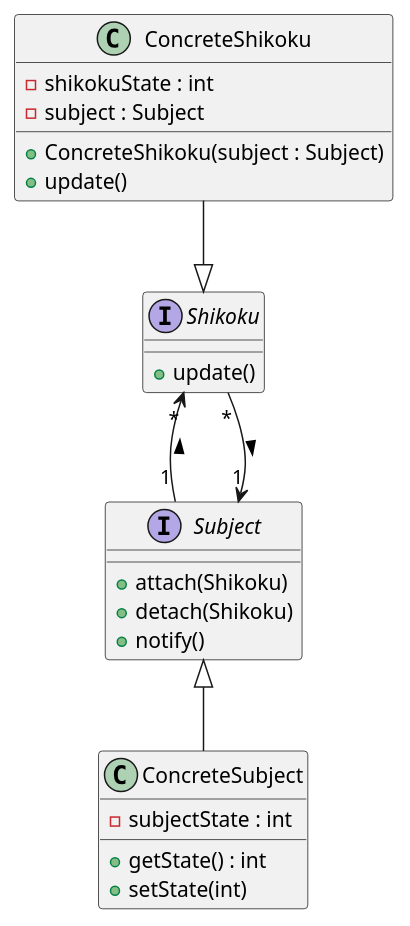
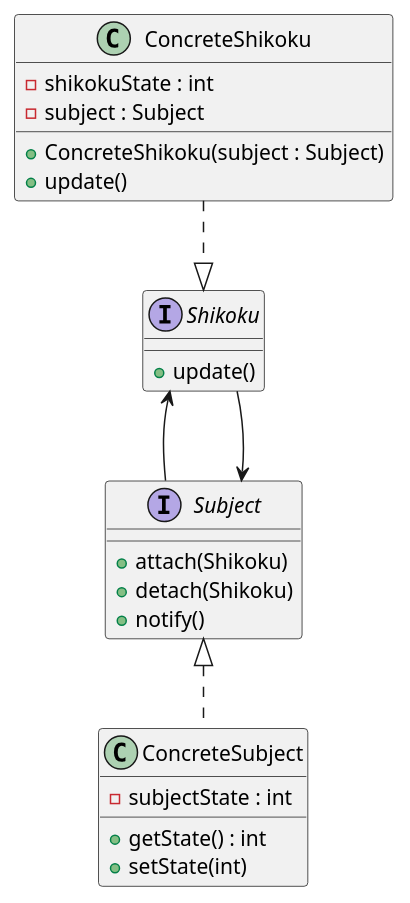
One commit to Dungeon-CampusMinden/Dungeon changed the diagram in dojo-dungeon/todo-assets/Fragen_Pattern/UML_Klassendiagramm6_source.pu. Above: the diagram before and after it, drawn with PlantUML. The commit also changed 9 other files, not shown here.

First line of the commit message:
Diagrams adapted according to the lecture and the English Wikipedia article, and class comments and multiplicities removed:

```diff
--- a/dojo-dungeon/todo-assets/Fragen_Pattern/UML_Klassendiagramm6_source.pu
+++ b/dojo-dungeon/todo-assets/Fragen_Pattern/UML_Klassendiagramm6_source.pu
@@ -1,36 +1,35 @@
 @startuml UML_Klassendiagramm6.png
 ' Interface Klassen
 interface Subject {
     + attach(Shikoku)
     + detach(Shikoku)
     + notify()
 }
 
 interface Shikoku {
     + update()
 }
 
 ' Konkrete Klassen
 class ConcreteSubject {
     - subjectState : int
     + getState() : int
     + setState(int)
 }
 
 class ConcreteShikoku {
     - shikokuState : int
     - subject : Subject
     + ConcreteShikoku(subject : Subject)
     + update()
 }
 
 ' Vererbungen
-ConcreteShikoku --|> Shikoku
-Subject <|-- ConcreteSubject
+ConcreteShikoku ..|> Shikoku
+Subject <|.. ConcreteSubject
 
 ' Assoziationen
+Shikoku <-- Subject
 Shikoku -[hidden]- Subject
-Shikoku "*" <-- "1" Subject : <
-Shikoku -[hidden]- Subject
-Shikoku "*" --> "1" Subject : >
+Shikoku --> Subject
 @enduml
```
